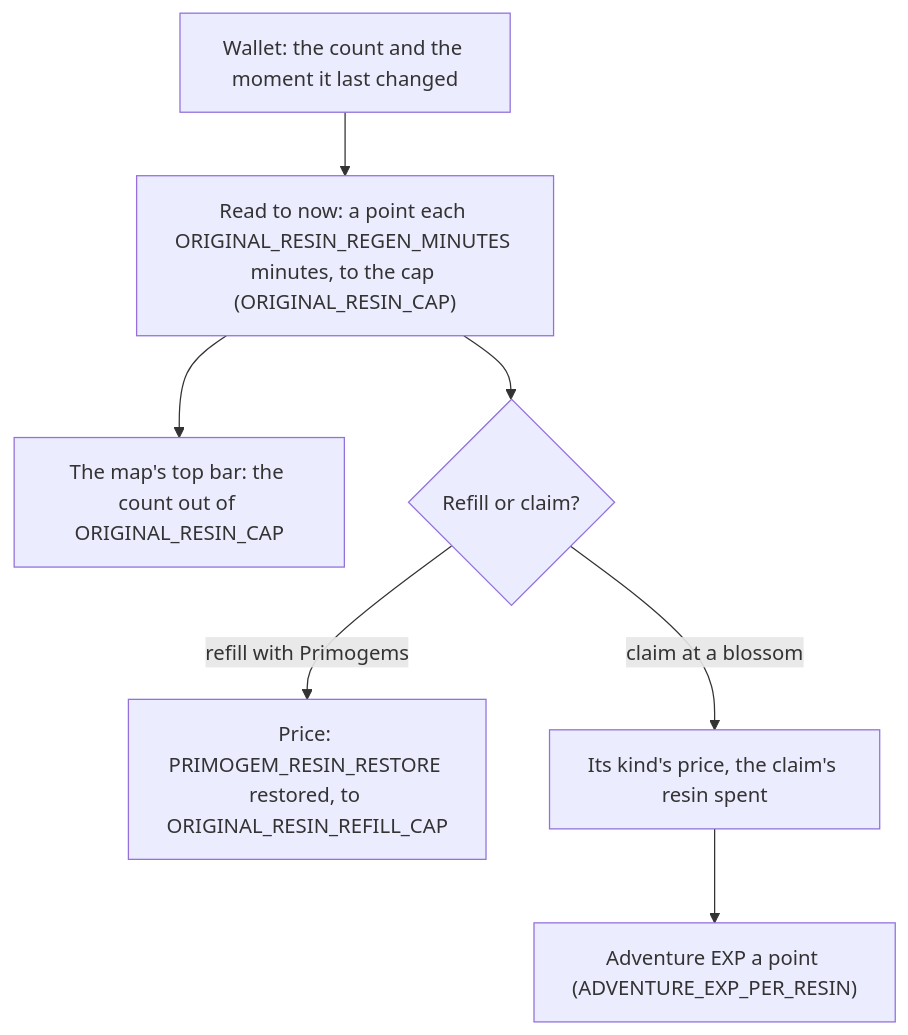
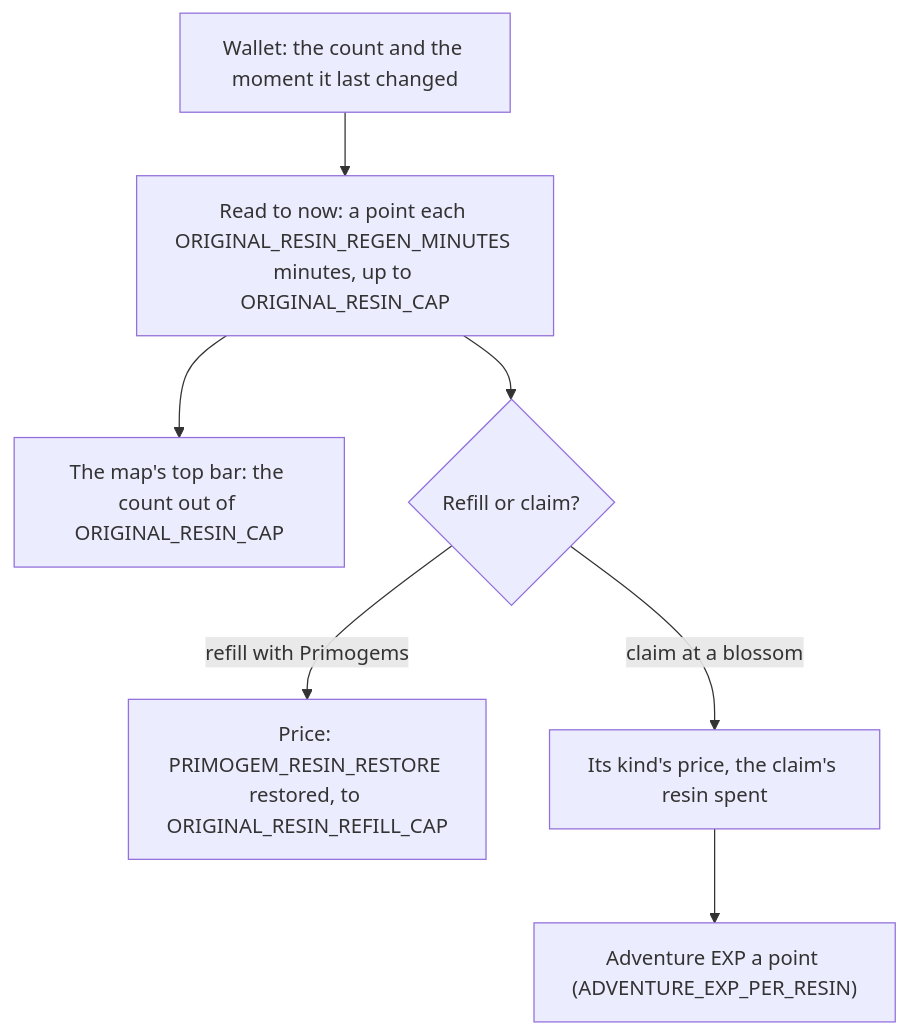
One commit to Esposter/Esposter changed the diagram in openspec/specs/genshin/original-resin/design.md. Above: the diagram before and after it, drawn with Mermaid. The commit also changed 4 other files, not shown here.

First line of the commit message:
fix(ci): a suite's constants sit in its describe and four diagram labels fit a name and one qualifier

````diff
--- a/openspec/specs/genshin/original-resin/design.md
+++ b/openspec/specs/genshin/original-resin/design.md
@@ -9,9 +9,9 @@
 ```mermaid
 flowchart TD
-  W["Wallet: the count and the moment it last changed"] --> R["Read to now: a point each ORIGINAL_RESIN_REGEN_MINUTES minutes, to the cap (ORIGINAL_RESIN_CAP)"]
+  W["Wallet: the count and the moment it last changed"] --> R["Read to now: a point each ORIGINAL_RESIN_REGEN_MINUTES minutes, up to ORIGINAL_RESIN_CAP"]
   R --> M["The map's top bar: the count out of ORIGINAL_RESIN_CAP"]
   R --> F{"Refill or claim?"}
   F -->|"refill with Primogems"| P["Price: PRIMOGEM_RESIN_RESTORE restored, to ORIGINAL_RESIN_REFILL_CAP"]
   F -->|"claim at a blossom"| C["Its kind's price, the claim's resin spent"]
   C --> X["Adventure EXP a point (ADVENTURE_EXP_PER_RESIN)"]
 ```
````
